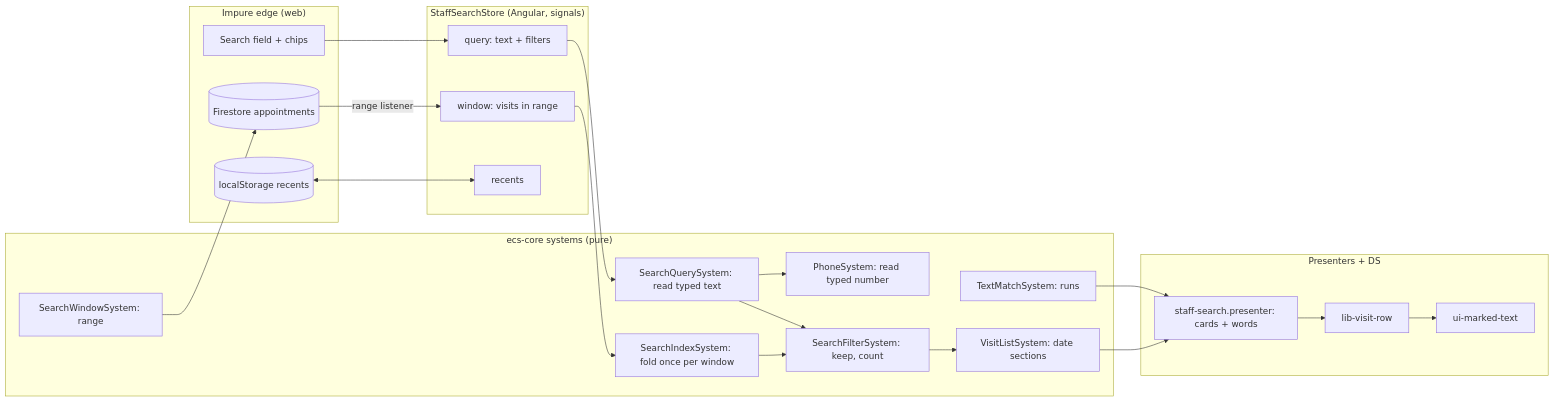
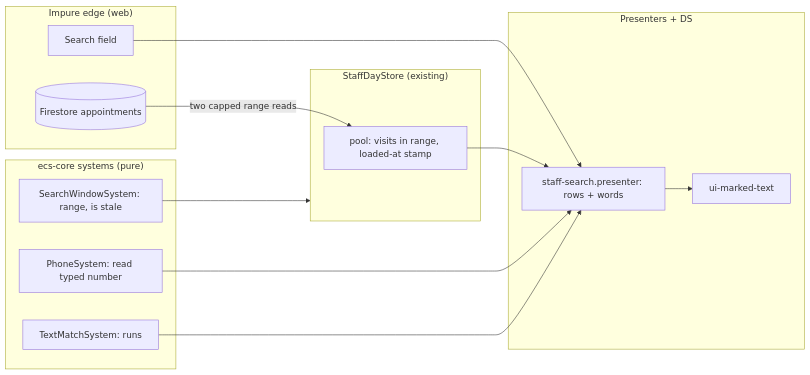
One commit to dimitrov00/creativo-google-design changed the diagram in docs/designs/staff-search.md. Above: the diagram before and after it, drawn with Mermaid. The commit also changed other lines of this file and 7 other files, not shown here.

First line of the commit message:
docs(design): split staff search into two parts after the design review

````diff
--- a/docs/designs/staff-search.md
+++ b/docs/designs/staff-search.md
@@ -212,36 +170,25 @@
 ```mermaid
 flowchart LR
   subgraph Edge["Impure edge (web)"]
     FS[(Firestore appointments)]
-    LS[(localStorage recents)]
-    Field[Search field + chips]
+    Field[Search field]
   end
-  subgraph Store["StaffSearchStore (Angular, signals)"]
-    Win[window: visits in range]
-    Q[query: text + filters]
-    Rec[recents]
+  subgraph Store["StaffDayStore (existing)"]
+    Pool[pool: visits in range, loaded-at stamp]
   end
   subgraph Pure["ecs-core systems (pure)"]
-    Win2[SearchWindowSystem: range]
-    Read[SearchQuerySystem: read typed text]
+    Win[SearchWindowSystem: range, is stale]
     Phone[PhoneSystem: read typed number]
-    Idx[SearchIndexSystem: fold once per window]
-    Filt[SearchFilterSystem: keep, count]
     Mark[TextMatchSystem: runs]
-    Group[VisitListSystem: date sections]
   end
   subgraph View["Presenters + DS"]
-    Pres[staff-search.presenter: cards + words]
-    Row[lib-visit-row]
+    Pres[staff-search.presenter: rows + words]
     MT[ui-marked-text]
   end
-  FS -->|range listener| Win
-  Win2 --> FS
-  Field --> Q
-  LS <--> Rec
-  Q --> Read --> Phone
-  Win --> Idx --> Filt
-  Read --> Filt
-  Filt --> Group --> Pres
-  Mark --> Pres --> Row --> MT
+  Win --> Store
+  FS -->|two capped range reads| Pool
+  Field --> Pres
+  Pool --> Pres
+  Phone --> Pres
+  Mark --> Pres --> MT
 ```
````
